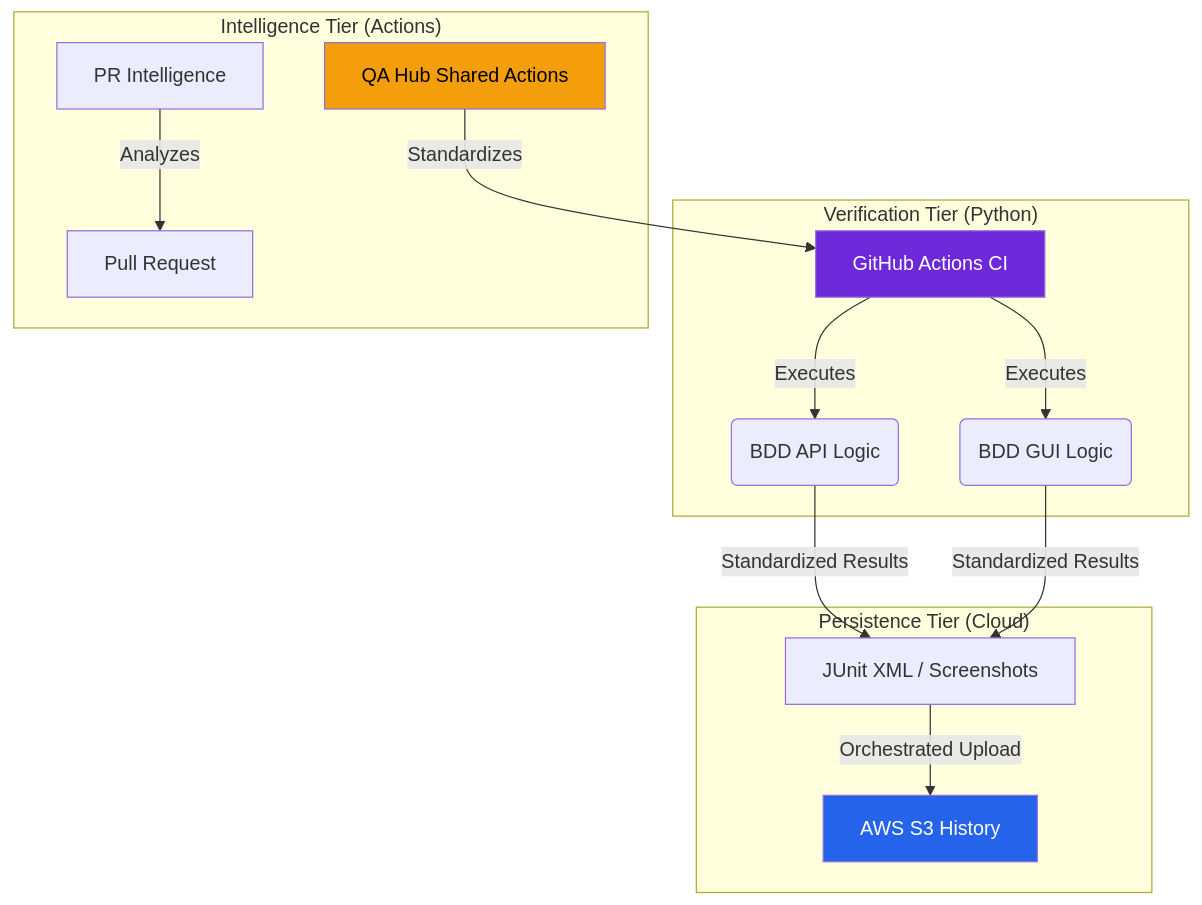
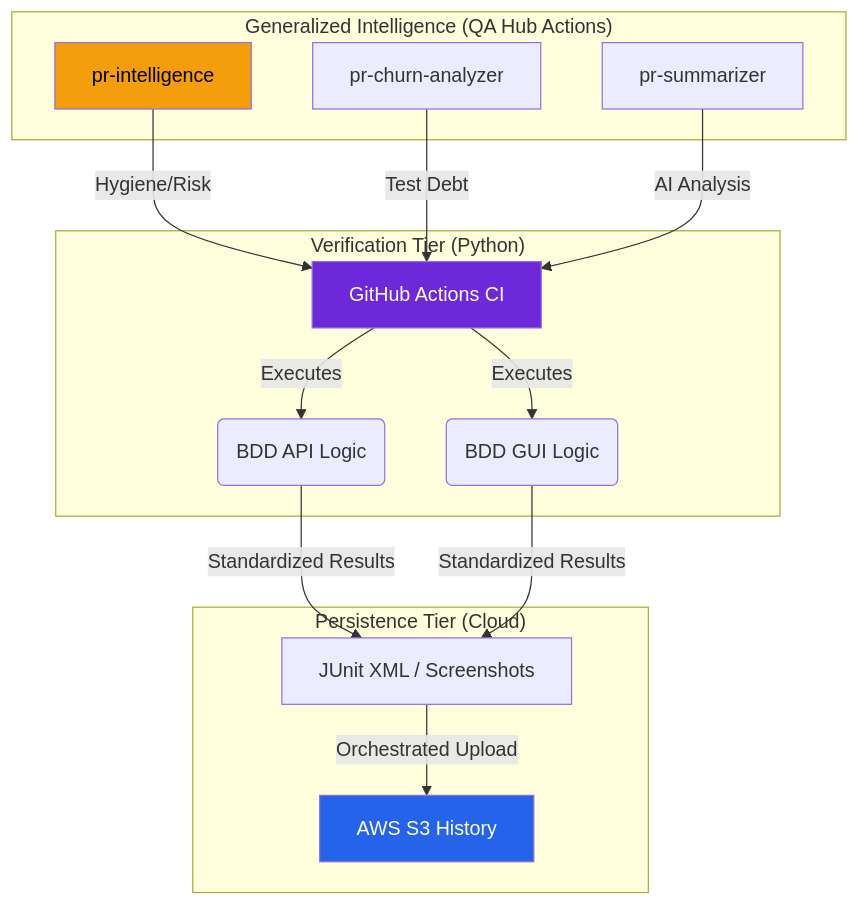
The diagram in README.md (carlos-camara/qa-hub-framework-example), drawn with Mermaid before and after one commit. The commit also changed other lines of this file and 5 other files, not shown here.

````diff
--- a/README.md
+++ b/README.md
@@ -43,21 +43,22 @@
 ```mermaid
 graph TD
     subgraph "Verification Tier (Python)"
         A["GitHub Actions CI"] -->|Executes| B("BDD API Logic")
         A -->|Executes| C("BDD GUI Logic")
     end
 
-    subgraph "Intelligence Tier (Actions)"
-        D["QA Hub Shared Actions"] -->|Standardizes| A
-        E["PR Intelligence"] -->|Analyzes| PR["Pull Request"]
+    subgraph "Generalized Intelligence (QA Hub Actions)"
+        D["pr-intelligence"] -->|Hygiene/Risk| A
+        E["pr-churn-analyzer"] -->|Test Debt| A
+        S["pr-summarizer"] -->|AI Analysis| A
     end
 
     subgraph "Persistence Tier (Cloud)"
         B & C -->|Standardized Results| F["JUnit XML / Screenshots"]
         F -->|Orchestrated Upload| S3["AWS S3 History"]
     end
     
     style A fill:#6d28d9,color:#fff
     style D fill:#f59e0b,color:#000
     style S3 fill:#2563eb,color:#fff
 ```
````
